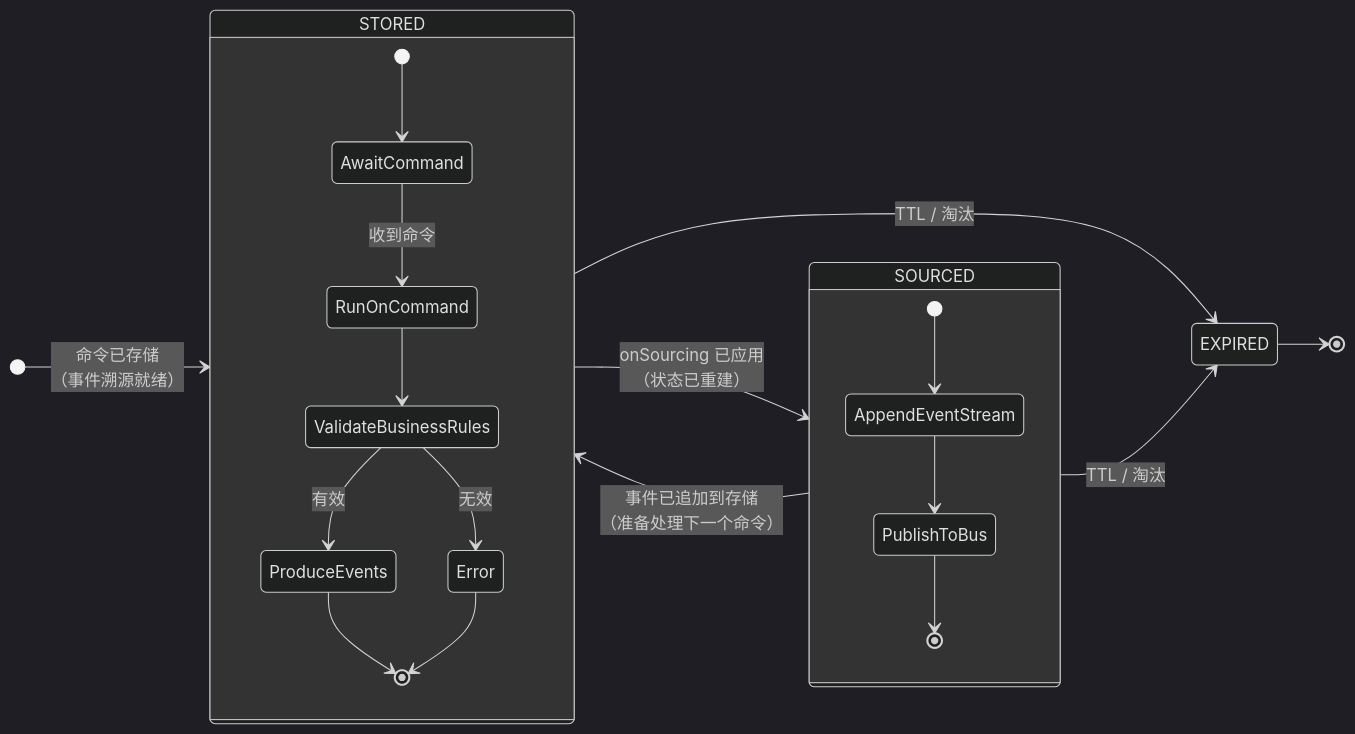
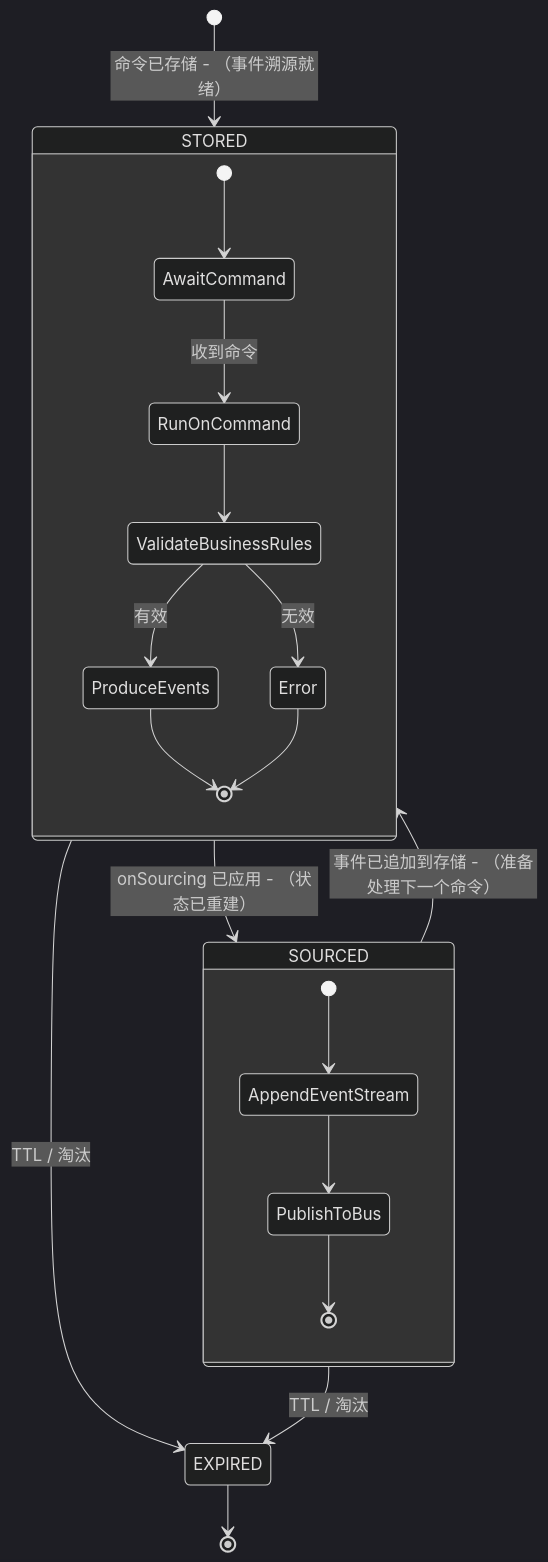
Before and after one commit to Ahoo-Wang/Wow: the fifth of 9 diagrams in documentation/docs/zh/onboarding/contributor-guide.md, drawn with Mermaid (dark theme). The commit also changed 7 other files, not shown here.

First line of the commit message:
docs: fix stateDiagram-v2 Mermaid rendering errors

````diff
--- a/documentation/docs/zh/onboarding/contributor-guide.md
+++ b/documentation/docs/zh/onboarding/contributor-guide.md
@@ -323,26 +323,25 @@
 ```mermaid
 stateDiagram-v2
-    direction LR
 
-    [*] --> STORED: 命令已存储<br>（事件溯源就绪）
-    STORED --> SOURCED: onSourcing 已应用<br>（状态已重建）
-    SOURCED --> STORED: 事件已追加到存储<br>（准备处理下一个命令）
+    [*] --> STORED: 命令已存储 - （事件溯源就绪）
+    STORED --> SOURCED: onSourcing 已应用 - （状态已重建）
+    SOURCED --> STORED: 事件已追加到存储 - （准备处理下一个命令）
     STORED --> EXPIRED: TTL / 淘汰
     SOURCED --> EXPIRED: TTL / 淘汰
     EXPIRED --> [*]
 
     state STORED {
         [*] --> AwaitCommand
         AwaitCommand --> RunOnCommand: 收到命令
         RunOnCommand --> ValidateBusinessRules
         ValidateBusinessRules --> ProduceEvents: 有效
         ValidateBusinessRules --> Error: 无效
         ProduceEvents --> [*]
         Error --> [*]
     }
     state SOURCED {
         [*] --> AppendEventStream
         AppendEventStream --> PublishToBus
         PublishToBus --> [*]
     }
 ```
````
